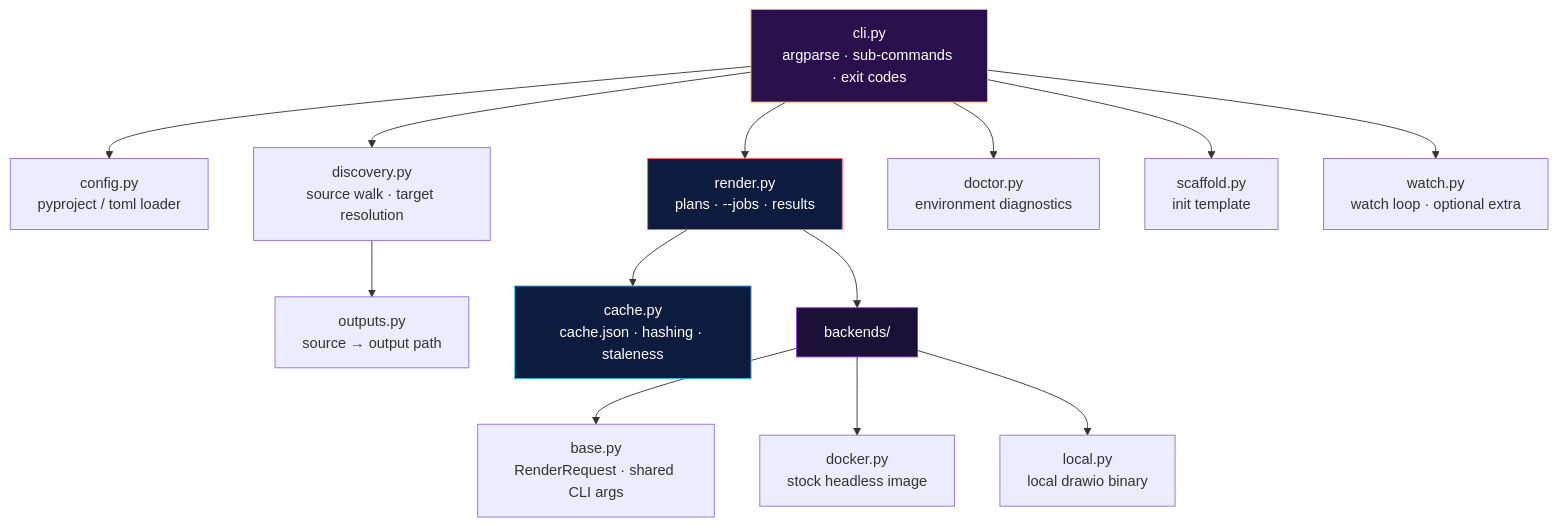
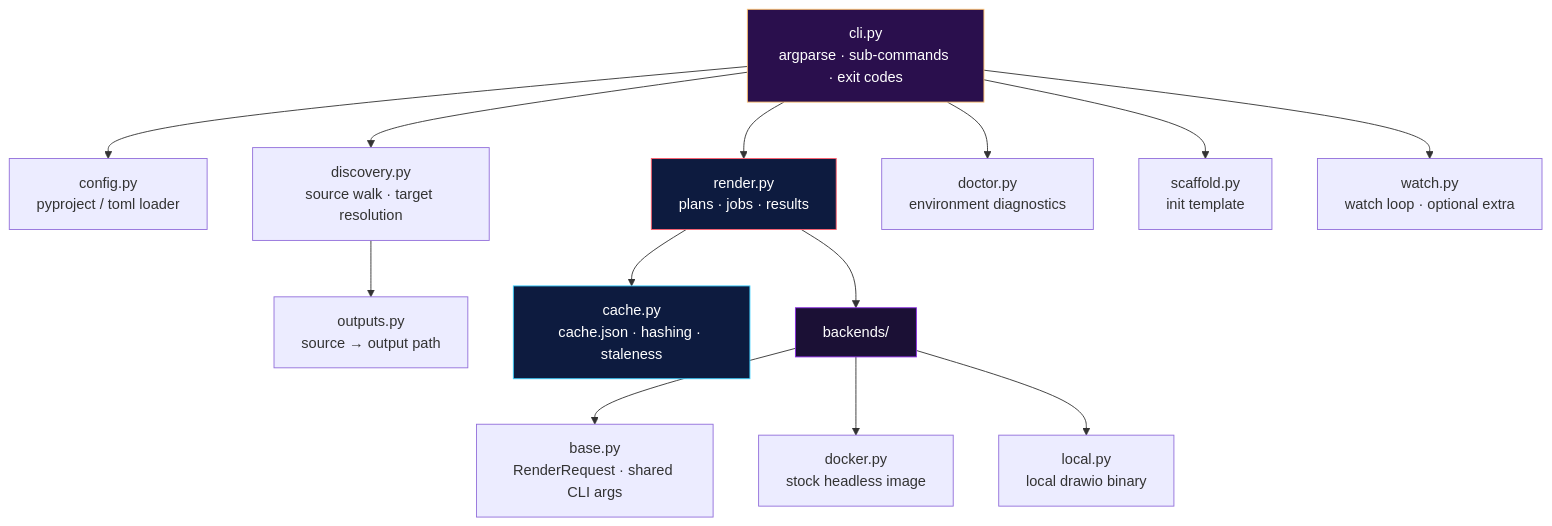
One commit to mshajarrazip/drawio-to-images changed the fourth of 4 diagrams in README.md. Above: the diagram before and after it, drawn with Mermaid. The commit also changed other lines of this file, not shown here.

Commit message:
fix the mermaid error

````diff
--- a/README.md
+++ b/README.md
@@ -383,20 +383,20 @@
 ```mermaid
 flowchart TD
-    cli[cli.py<br/>argparse · sub-commands · exit codes] --> config[config.py<br/>pyproject / toml loader]
-    cli --> discovery[discovery.py<br/>source walk · target resolution]
-    cli --> render[render.py<br/>plans · --jobs · results]
-    discovery --> outputs[outputs.py<br/>source → output path]
-    render --> cache[cache.py<br/>cache.json · hashing · staleness]
-    render --> backends[backends/]
-    backends --> base[base.py<br/>RenderRequest · shared CLI args]
-    backends --> docker[docker.py<br/>stock headless image]
-    backends --> local[local.py<br/>local drawio binary]
-    cli --> doctor[doctor.py<br/>environment diagnostics]
-    cli --> scaffold[scaffold.py<br/>init template]
-    cli --> watch[watch.py<br/>watch loop · optional extra]
+    cli["cli.py<br/>argparse · sub-commands · exit codes"] --> config["config.py<br/>pyproject / toml loader"]
+    cli --> discovery["discovery.py<br/>source walk · target resolution"]
+    cli --> render["render.py<br/>plans · jobs · results"]
+    discovery --> outputs["outputs.py<br/>source → output path"]
+    render --> cache["cache.py<br/>cache.json · hashing · staleness"]
+    render --> backends["backends/"]
+    backends --> base["base.py<br/>RenderRequest · shared CLI args"]
+    backends --> docker["docker.py<br/>stock headless image"]
+    backends --> local["local.py<br/>local drawio binary"]
+    cli --> doctor["doctor.py<br/>environment diagnostics"]
+    cli --> scaffold["scaffold.py<br/>init template"]
+    cli --> watch["watch.py<br/>watch loop · optional extra"]
 
     style cli fill:#2a0f4d,stroke:#ffc371,color:#fff
     style backends fill:#1b1035,stroke:#8a2be2,color:#fff
     style cache fill:#0d1b3f,stroke:#3ad0ff,color:#fff
     style render fill:#0d1b3f,stroke:#ff5f6d,color:#fff
 ```
````
